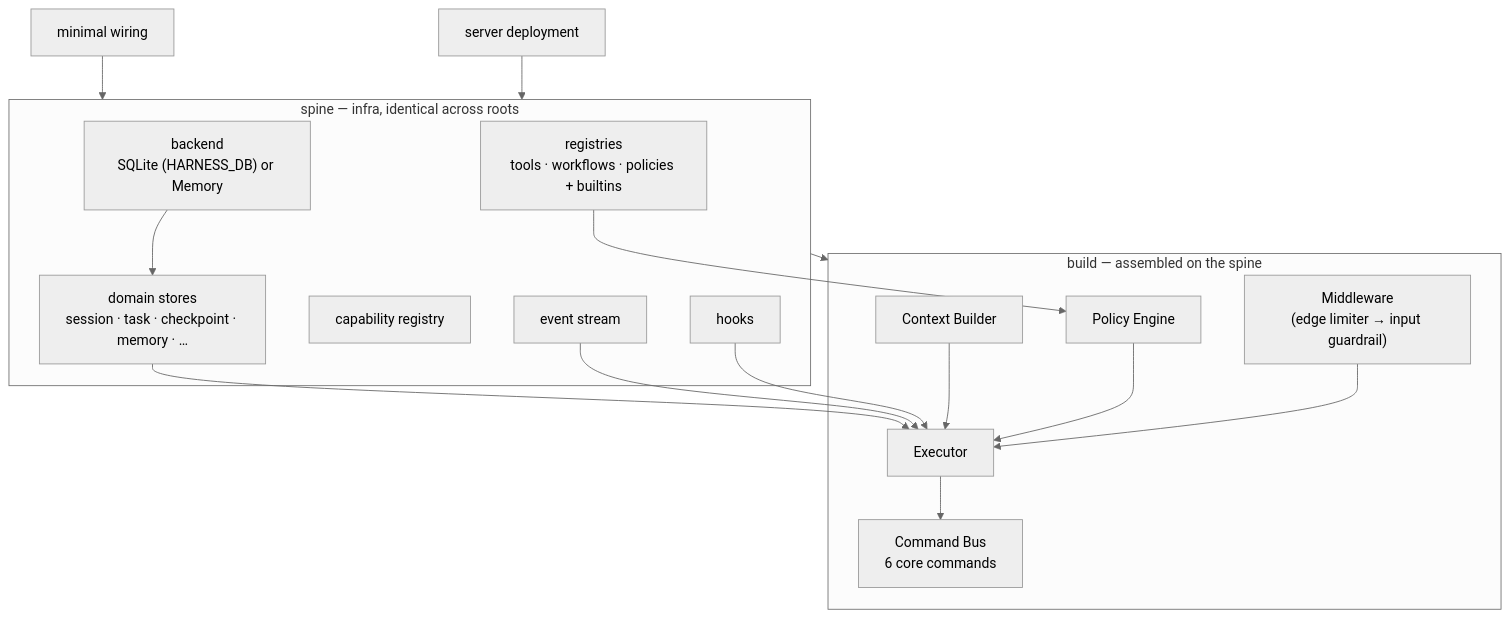
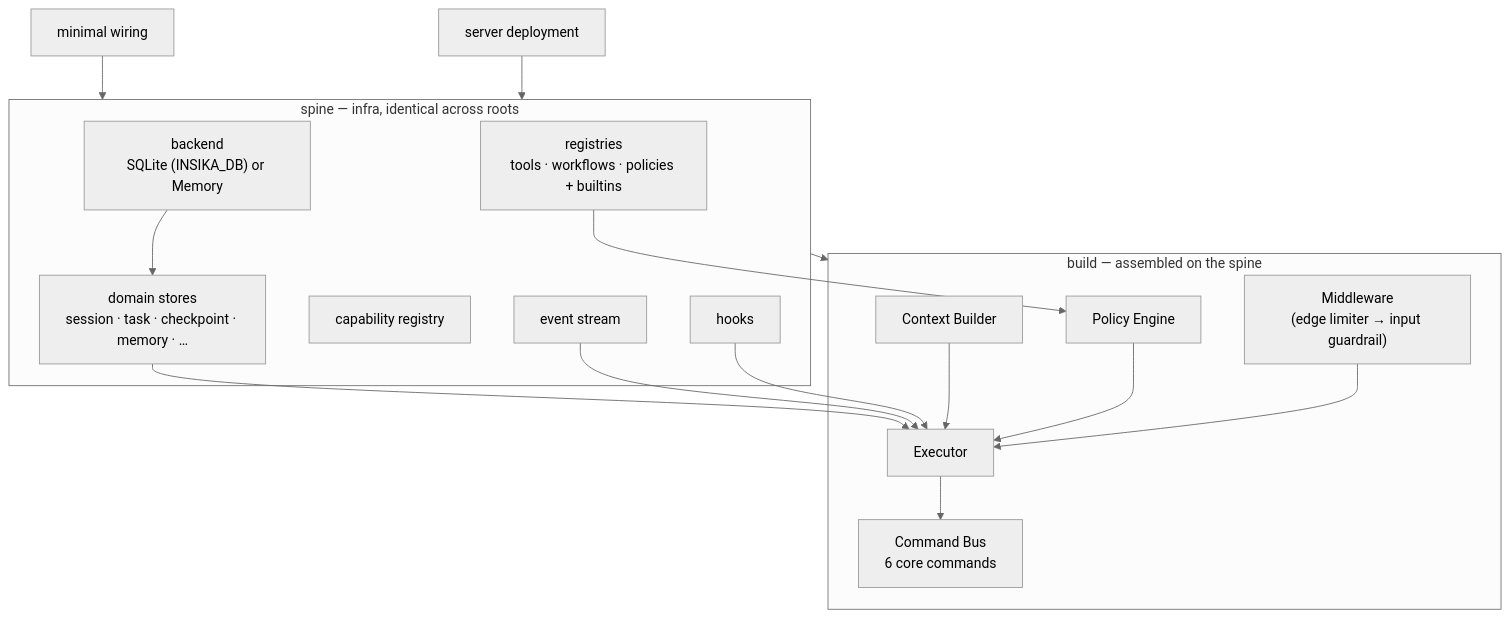
The sixth of 6 diagrams in docs/ARCHITECTURE.md (guizaols/insika), drawn with Mermaid (neutral theme) before and after one commit. The commit also changed other lines of this file and 53 other files, not shown here.

First line of the commit message:
refactor(rename): env vars HARNESS_*→INSIKA_* + docs/UI brand (pass 2)

````diff
--- a/docs/ARCHITECTURE.md
+++ b/docs/ARCHITECTURE.md
@@ -196,30 +196,30 @@
 ```mermaid
 flowchart TD
   subgraph phase1 [spine — infra, identical across roots]
-    backend["backend<br/>SQLite (HARNESS_DB) or Memory"]
+    backend["backend<br/>SQLite (INSIKA_DB) or Memory"]
     backend --> dstores[domain stores<br/>session · task · checkpoint · memory · …]
     reg[registries<br/>tools · workflows · policies + builtins]
     caps[capability registry]
     es2[event stream]
     hk[hooks]
   end
   subgraph phase2 [build — assembled on the spine]
     cbz[Context Builder]
     pez[Policy Engine]
     mwz["Middleware<br/>(edge limiter → input guardrail)"]
     exz[Executor]
     busz[Command Bus<br/>6 core commands]
   end
   phase1 --> phase2
   dstores --> exz
   reg --> pez
   es2 --> exz
   hk --> exz
   cbz --> exz
   pez --> exz
   mwz --> exz
   exz --> busz
 
   root1[minimal wiring] --> phase1
   root2[server deployment] --> phase1
 ```
````
